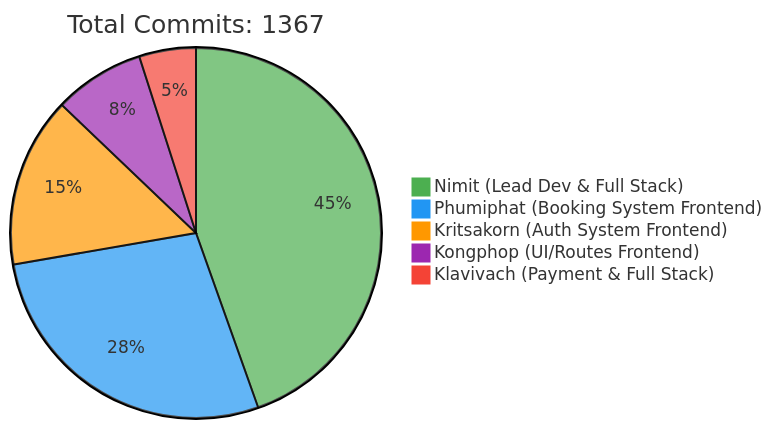
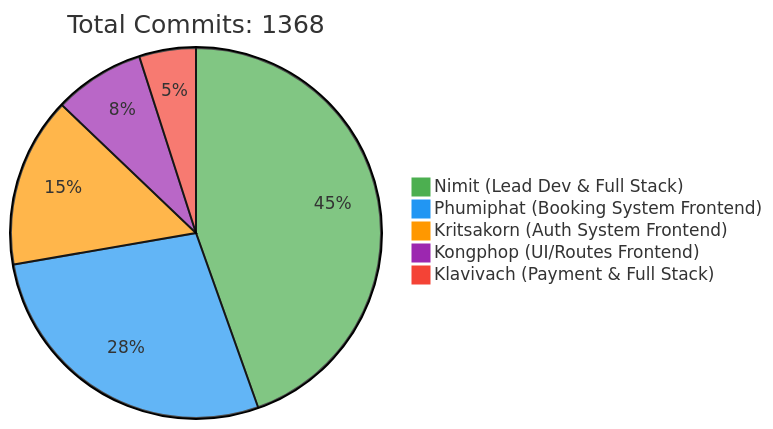
Before and after one commit to 6531503042/Sport-Complex: the first of 2 diagrams in README.md, drawn with Mermaid. The commit also changed other lines of this file, not shown here.

Commit message:
docs: Update contributor statistics [skip ci]

````diff
--- a/README.md
+++ b/README.md
@@ -257,10 +257,10 @@
 ```mermaid
 %%{init: {'theme': 'base', 'themeVariables': { 'pie1': '#4CAF50', 'pie2': '#2196F3', 'pie3': '#FF9800', 'pie4': '#9C27B0', 'pie5': '#F44336'}}}%%
 pie
-    title Total Commits: 1367
+    title Total Commits: 1368
     "Nimit (Lead Dev & Full Stack)" : 450
     "Phumiphat (Booking System Frontend)" : 280
     "Kritsakorn (Auth System Frontend)" : 150
     "Kongphop (UI/Routes Frontend)" : 80
     "Klavivach (Payment & Full Stack)" : 50
 ```
````
